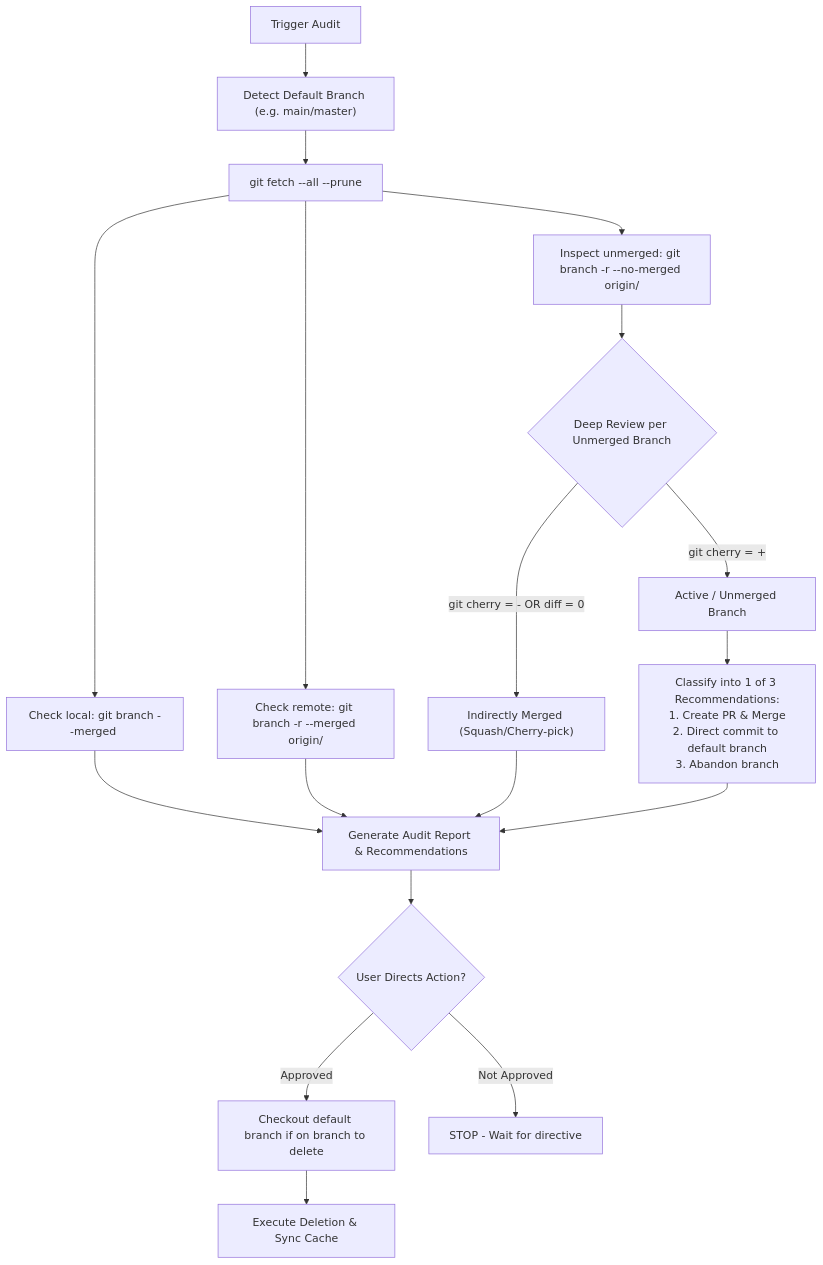
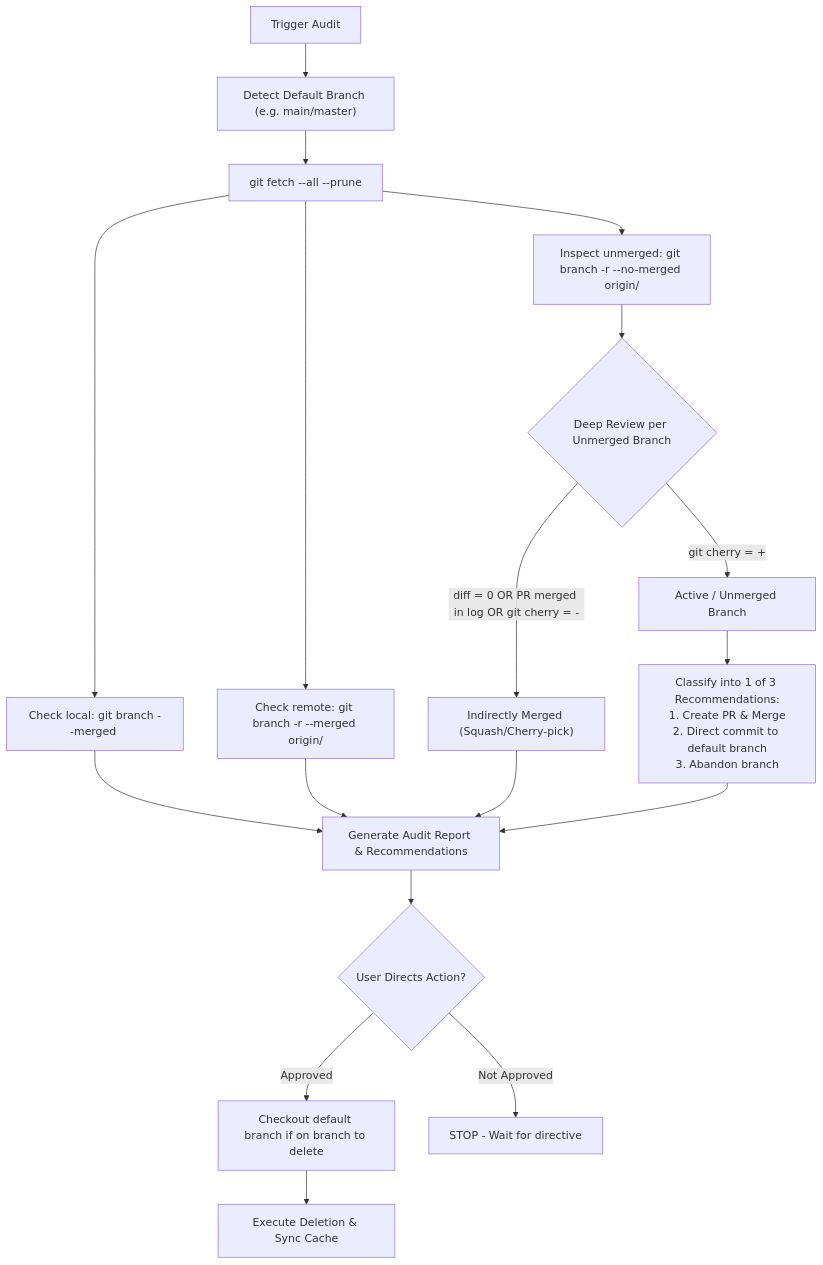
One commit to loerei/myskills changed the diagram in prune-branches/SKILL.md. Above: the diagram before and after it, drawn with Mermaid. The commit also changed other lines of this file, not shown here.

Commit message:
feat(prune-branches): add squash-merge detection to audit workflow

````diff
--- a/prune-branches/SKILL.md
+++ b/prune-branches/SKILL.md
@@ -13,24 +13,24 @@
 ```mermaid
 flowchart TD
     Start["Trigger Audit"] --> Detect["Detect Default Branch (e.g. main/master)"]
     Detect --> Fetch["git fetch --all --prune"]
     Fetch --> ListLocal["Check local: git branch --merged <default>"]
     Fetch --> ListRemote["Check remote: git branch -r --merged origin/<default>"]
     Fetch --> CheckUnmerged["Inspect unmerged: git branch -r --no-merged origin/<default>"]
     
     CheckUnmerged --> DeepReview{"Deep Review per Unmerged Branch"}
     
-    DeepReview -->|"git cherry = - OR diff = 0"| IndirectMerged["Indirectly Merged (Squash/Cherry-pick)"]
+    DeepReview -->|"diff = 0 OR PR merged in log OR git cherry = -"| IndirectMerged["Indirectly Merged (Squash/Cherry-pick)"]
     DeepReview -->|"git cherry = +"| Unmerged["Active / Unmerged Branch"]
     
     IndirectMerged --> Report["Generate Audit Report & Recommendations"]
     ListLocal --> Report
     ListRemote --> Report
     Unmerged --> Classify3["Classify into 1 of 3 Recommendations:<br/>1. Create PR & Merge<br/>2. Direct commit to default branch<br/>3. Abandon branch"]
     Classify3 --> Report
     
     Report --> UserChoice{"User Directs Action?"}
     UserChoice -->|"Approved"| SwitchBranch["Checkout default branch if on branch to delete"]
     SwitchBranch --> Prune["Execute Deletion & Sync Cache"]
     UserChoice -->|"Not Approved"| Stop["STOP - Wait for directive"]
 ```
````
